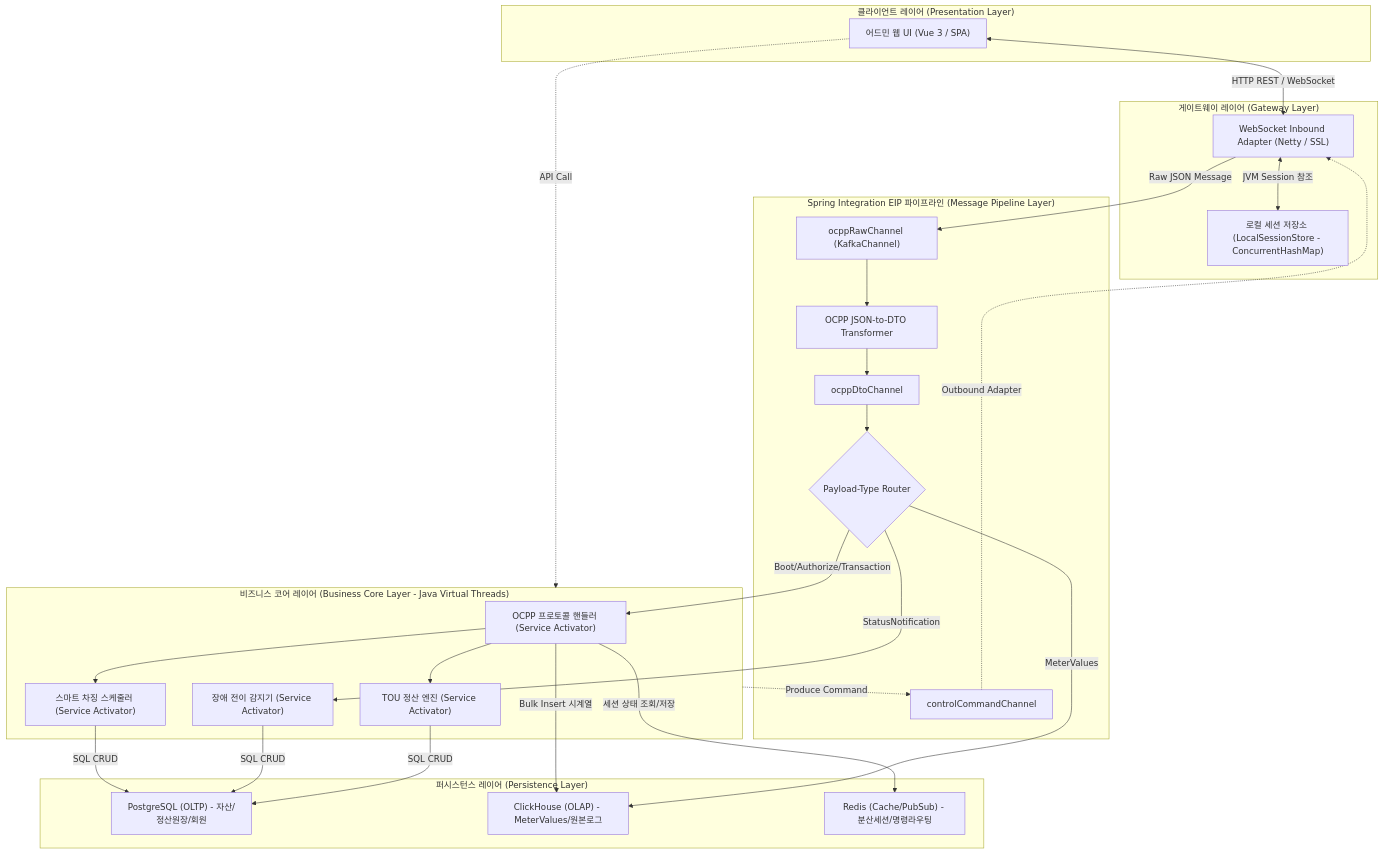
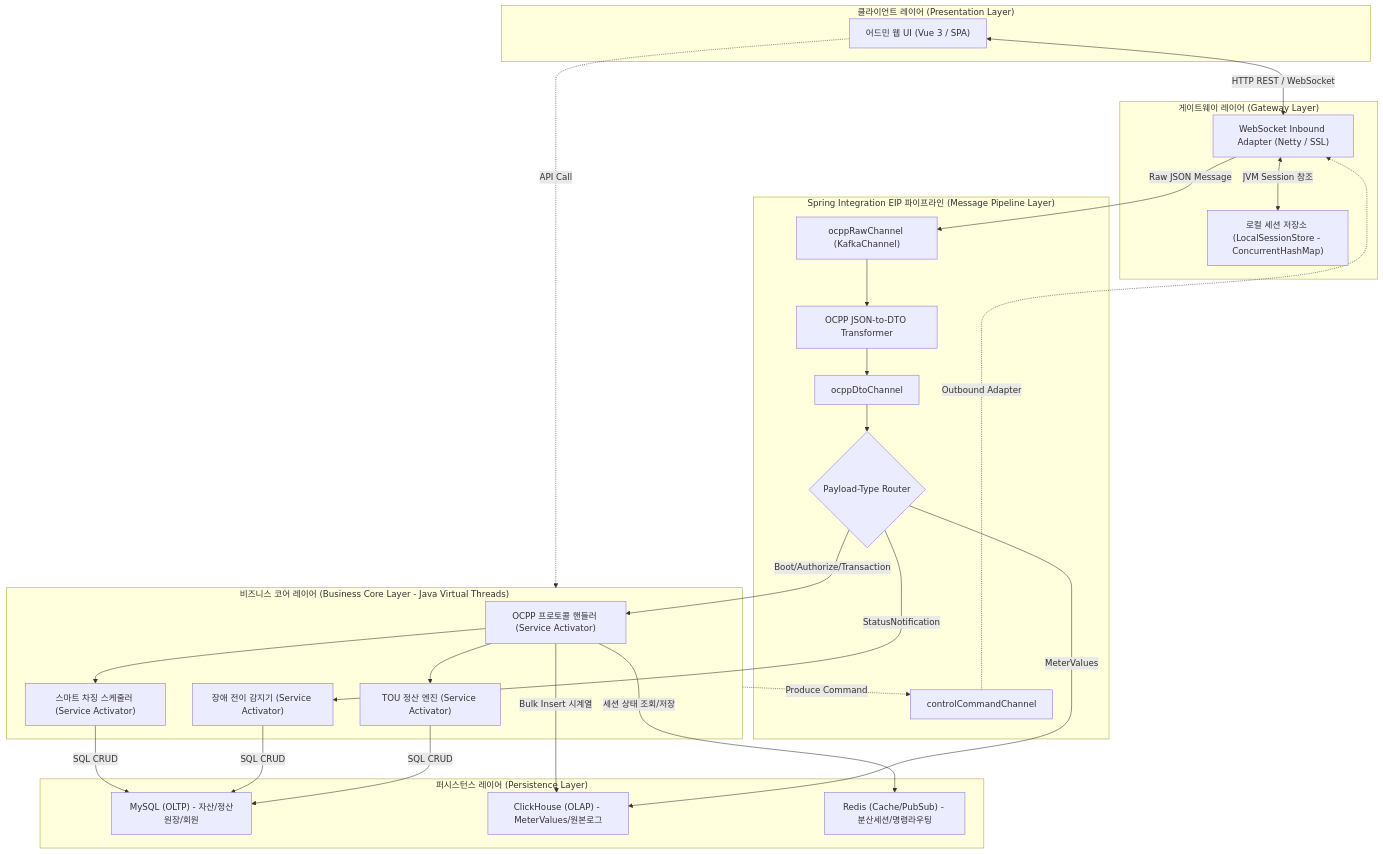
The sixth of 10 diagrams in doc/02.open_source_sales/01.prd.md (h2y-hyhong2/h2y-ocpp), drawn with Mermaid before and after one commit. The commit also changed other lines of this file and 7 other files, not shown here.

````diff
--- a/doc/02.open_source_sales/01.prd.md
+++ b/doc/02.open_source_sales/01.prd.md
@@ -418,53 +418,53 @@
 ```mermaid
 flowchart TD
     subgraph Client ["클라이언트 레이어 (Presentation Layer)"]
         UI["어드민 웹 UI (Vue 3 / SPA)"]
     end
 
     subgraph GW ["게이트웨이 레이어 (Gateway Layer)"]
         WS["WebSocket Inbound Adapter (Netty / SSL)"]
         SessionStore["로컬 세션 저장소 (LocalSessionStore - ConcurrentHashMap)"]
         WS <-->|JVM Session 참조| SessionStore
     end
 
     subgraph SI_Layer ["Spring Integration EIP 파이프라인 (Message Pipeline Layer)"]
         RawCh["ocppRawChannel (KafkaChannel)"]
         Transformer["OCPP JSON-to-DTO Transformer"]
         DtoCh["ocppDtoChannel"]
         Router{"Payload-Type Router"}
         CtrlCh["controlCommandChannel"]
     end
 
     subgraph Core ["비즈니스 코어 레이어 (Business Core Layer - Java Virtual Threads)"]
         OCPPAgent["OCPP 프로토콜 핸들러 (Service Activator)"]
         SettEngine["TOU 정산 엔진 (Service Activator)"]
         FaultMgr["장애 전이 감지기 (Service Activator)"]
         SmartCharger["스마트 차징 스케줄러 (Service Activator)"]
     end
 
     subgraph DB ["퍼시스턴스 레이어 (Persistence Layer)"]
-        Postgres["PostgreSQL (OLTP) - 자산/정산원장/회원"]
+        MySQL["MySQL (OLTP) - 자산/정산원장/회원"]
         ClickHouse["ClickHouse (OLAP) - MeterValues/원본로그"]
         Redis["Redis (Cache/PubSub) - 분산세션/명령라우팅"]
     end
 
     %% 업링크 데이터 흐름 (충전기 → 시스템)
     UI <-->|HTTP REST / WebSocket| WS
     WS -->|Raw JSON Message| RawCh
     RawCh --> Transformer
     Transformer --> DtoCh
     DtoCh --> Router
     Router -->|Boot/Authorize/Transaction| OCPPAgent
     Router -->|MeterValues| ClickHouse
     Router -->|StatusNotification| FaultMgr
     OCPPAgent --> SettEngine & SmartCharger
     
-    SettEngine & FaultMgr & SmartCharger -->|SQL CRUD| Postgres
+    SettEngine & FaultMgr & SmartCharger -->|SQL CRUD| MySQL
     OCPPAgent -->|Bulk Insert 시계열| ClickHouse
     OCPPAgent -->|세션 상태 조회/저장| Redis
     
     %% 다운링크 제어 흐름 (관리자 → 충전기)
     UI -.->|API Call| Core
     Core -.->|Produce Command| CtrlCh
     CtrlCh -.->|Outbound Adapter| WS
 ```
````
